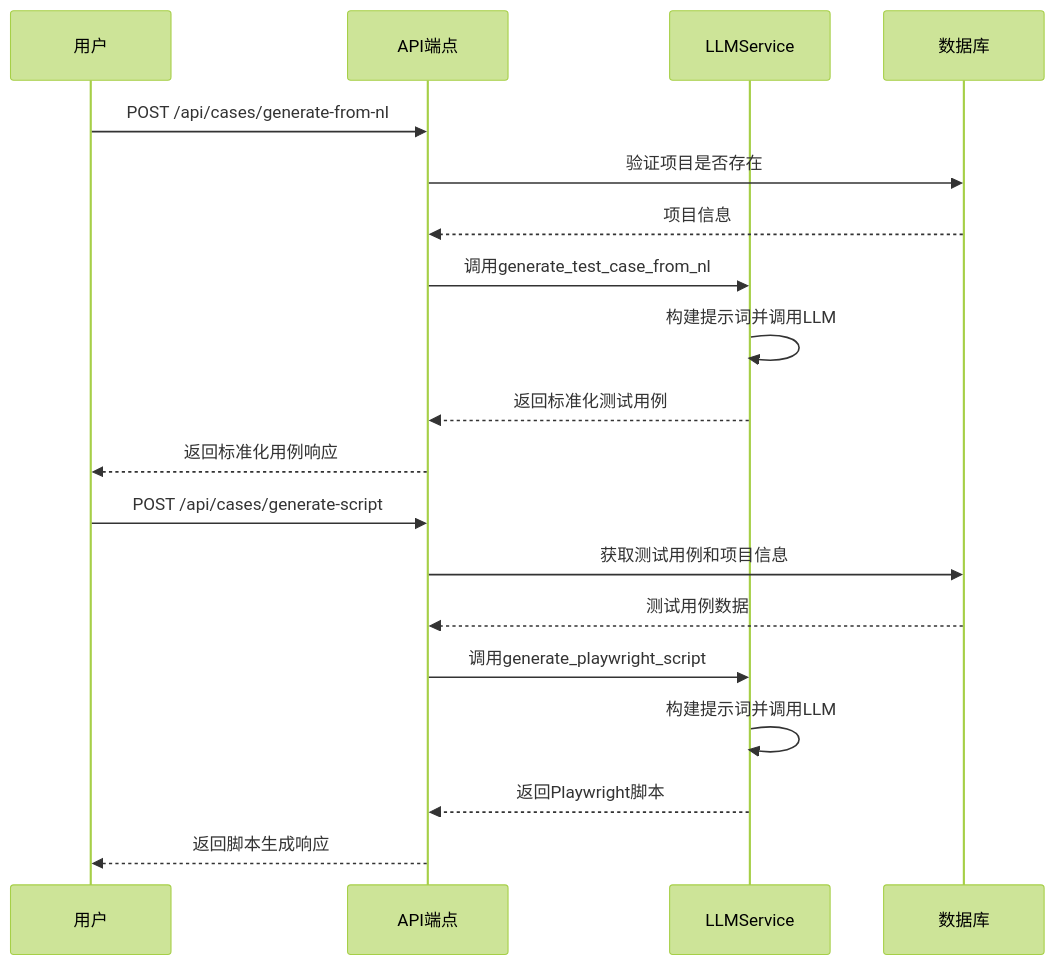
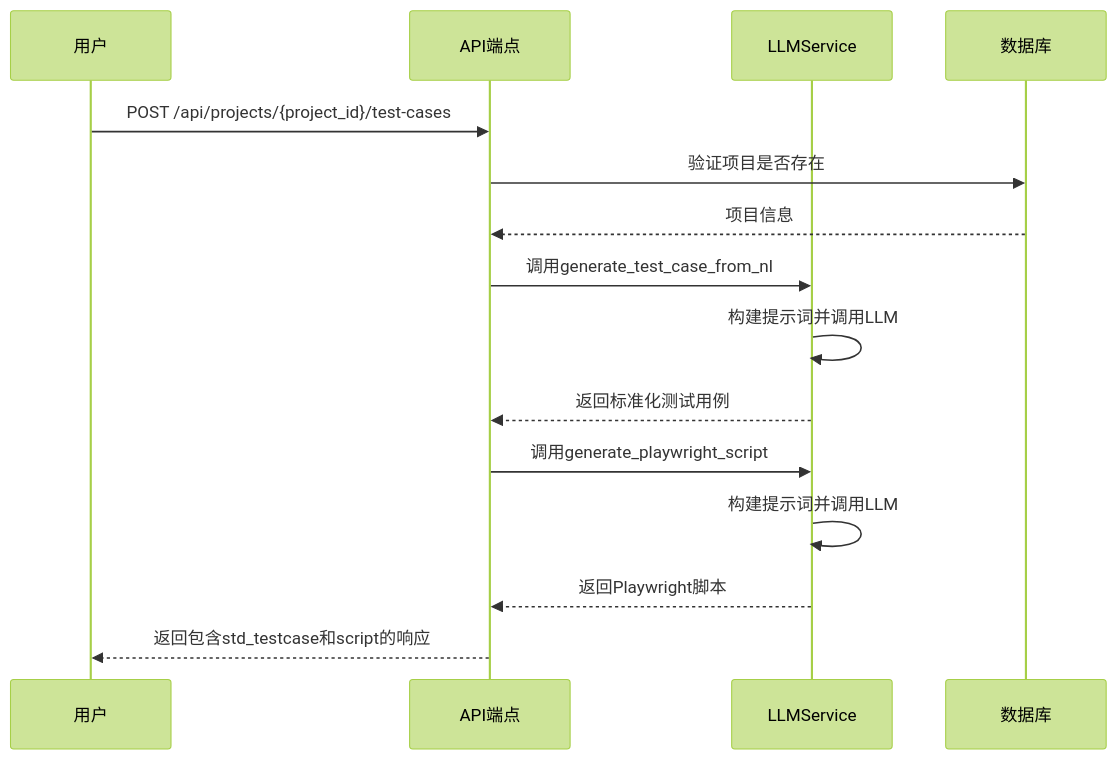
The first of 5 diagrams in .qoder/repowiki/zh/content/API参考/测试用例API.md (aidanguan/testserver), drawn with Mermaid (forest theme) before and after one commit. The commit also changed other lines of this file and 91 other files, not shown here.

````diff
--- a/.qoder/repowiki/zh/content/API参考/测试用例API.md
+++ b/.qoder/repowiki/zh/content/API参考/测试用例API.md
@@ -37,21 +43,17 @@
 ```mermaid
 sequenceDiagram
 participant 用户 as 用户
 participant API as API端点
 participant LLM服务 as LLMService
 participant 数据库 as 数据库
-用户->>API : POST /api/cases/generate-from-nl
+用户->>API : POST /api/projects/{project_id}/test-cases
 API->>数据库 : 验证项目是否存在
 数据库-->>API : 项目信息
 API->>LLM服务 : 调用generate_test_case_from_nl
 LLM服务->>LLM服务 : 构建提示词并调用LLM
 LLM服务-->>API : 返回标准化测试用例
-API-->>用户 : 返回标准化用例响应
-用户->>API : POST /api/cases/generate-script
-API->>数据库 : 获取测试用例和项目信息
-数据库-->>API : 测试用例数据
 API->>LLM服务 : 调用generate_playwright_script
 LLM服务->>LLM服务 : 构建提示词并调用LLM
 LLM服务-->>API : 返回Playwright脚本
-API-->>用户 : 返回脚本生成响应
+API-->>用户 : 返回包含std_testcase和script的响应
 ```
````
